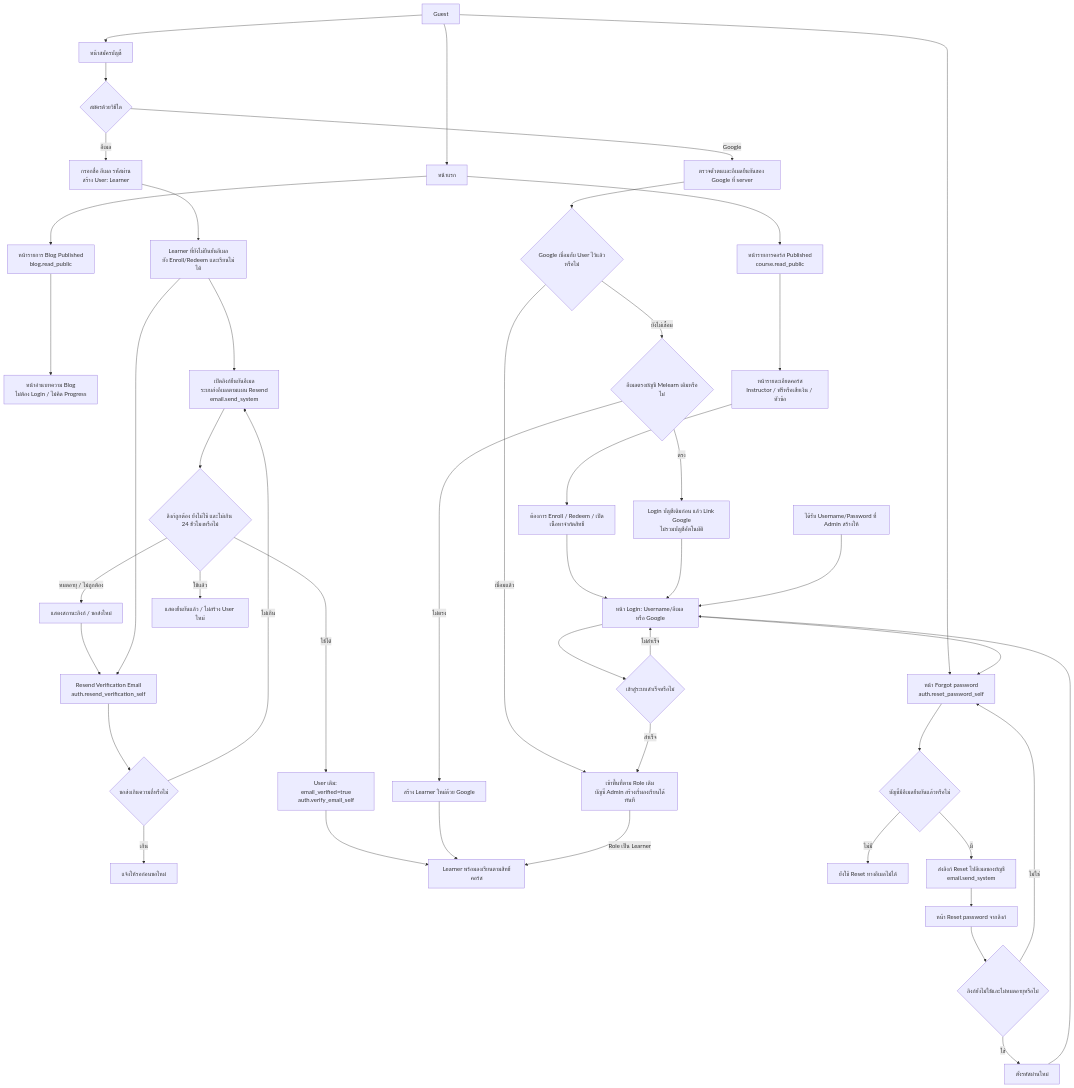
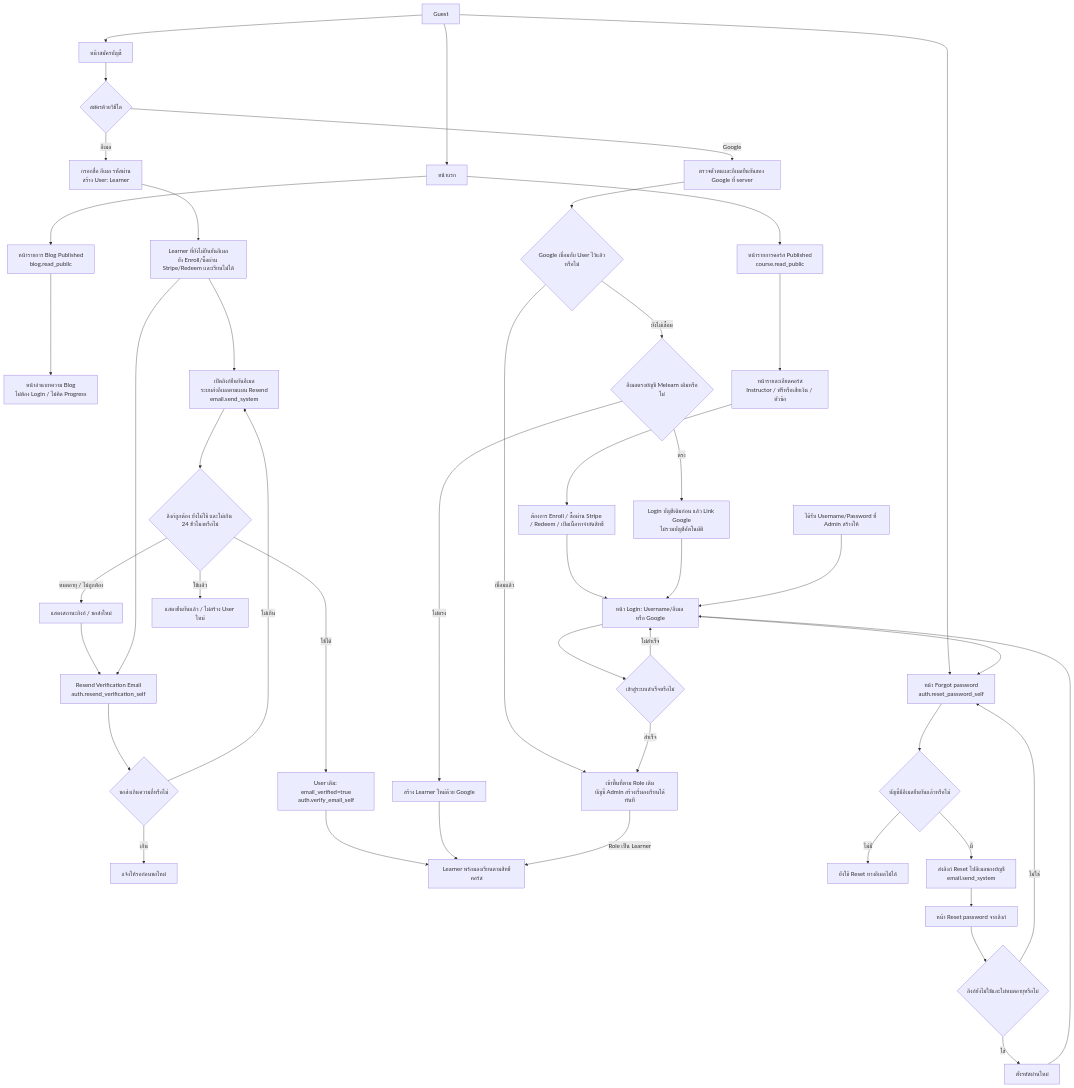
Before and after one commit to natthawat141/meleran-ux-ui-2026: the third of 11 diagrams in docs/MELEARN_V1_SCOPE.md, drawn with Mermaid. The commit also changed other lines of this file and 14 other files, not shown here.

````diff
--- a/docs/MELEARN_V1_SCOPE.md
+++ b/docs/MELEARN_V1_SCOPE.md
@@ -568,48 +627,48 @@
 ```mermaid
 flowchart TD
     G_START["Guest"] --> G_HOME["หน้าแรก"]
     G_HOME --> G_BLOG_LIST["หน้ารายการ Blog Published<br/>blog.read_public"]
     G_BLOG_LIST --> G_BLOG_READ["หน้าอ่านบทความ Blog<br/>ไม่ต้อง Login / ไม่คิด Progress"]
     G_HOME --> G_CATALOG["หน้ารายการคอร์ส Published<br/>course.read_public"]
     G_CATALOG --> G_DETAIL["หน้ารายละเอียดคอร์ส<br/>Instructor / ฟรีหรือเสียเงิน / หัวข้อ"]
-    G_DETAIL --> G_WANT["ต้องการ Enroll / Redeem / เปิดเนื้อหาจำกัดสิทธิ์"]
+    G_DETAIL --> G_WANT["ต้องการ Enroll / ซื้อผ่าน Stripe / Redeem / เปิดเนื้อหาจำกัดสิทธิ์"]
     G_WANT --> G_LOGIN["หน้า Login: Username/อีเมล หรือ Google"]
     G_START --> G_REGISTER["หน้าสมัครบัญชี"]
     G_REGISTER --> G_METHOD{"สมัครด้วยวิธีใด"}
     G_METHOD -->|อีเมล| G_EMAIL["กรอกชื่อ อีเมล รหัสผ่าน<br/>สร้าง User: Learner"]
-    G_EMAIL --> G_WAIT["Learner ที่ยังไม่ยืนยันอีเมล<br/>ยัง Enroll/Redeem และเรียนไม่ได้"]
+    G_EMAIL --> G_WAIT["Learner ที่ยังไม่ยืนยันอีเมล<br/>ยัง Enroll/ซื้อผ่าน Stripe/Redeem และเรียนไม่ได้"]
     G_WAIT --> G_VERIFY["เปิดลิงก์ยืนยันอีเมล<br/>ระบบส่งอีเมลตามแผน Resend<br/>email.send_system"]
     G_VERIFY --> G_EMAIL_OK{"ลิงก์ถูกต้อง ยังไม่ใช้ และไม่เกิน 24 ชั่วโมงหรือไม่"}
     G_EMAIL_OK -->|หมดอายุ / ไม่ถูกต้อง| G_VERIFY_ERROR["แสดงสถานะลิงก์ / ขอส่งใหม่"]
     G_VERIFY_ERROR --> G_RESEND["Resend Verification Email<br/>auth.resend_verification_self"]
     G_WAIT --> G_RESEND
     G_RESEND --> G_RATE{"ขอส่งเกินความถี่หรือไม่"}
     G_RATE -->|เกิน| G_LIMIT["แจ้งให้รอก่อนขอใหม่"]
     G_RATE -->|ไม่เกิน| G_VERIFY
     G_EMAIL_OK -->|ใช้แล้ว| G_ALREADY["แสดงยืนยันแล้ว / ไม่สร้าง User ใหม่"]
     G_EMAIL_OK -->|ใช้ได้| G_MARK["User เดิม: email_verified=true<br/>auth.verify_email_self"]
     G_MARK --> G_READY["Learner พร้อมลงเรียนตามสิทธิ์คอร์ส"]
     G_METHOD -->|Google| G_GOOGLE["ตรวจตัวตนและอีเมลยืนยันของ Google ที่ server"]
     G_GOOGLE --> G_LINKED{"Google เชื่อมกับ User ไว้แล้วหรือไม่"}
     G_LINKED -->|เชื่อมแล้ว| G_ROLE
     G_LINKED -->|ยังไม่เชื่อม| G_MATCH{"อีเมลตรงบัญชี Melearn เดิมหรือไม่"}
     G_MATCH -->|ตรง| G_LINK_FIRST["Login บัญชีเดิมก่อน แล้ว Link Google<br/>ไม่รวมบัญชีอัตโนมัติ"]
     G_LINK_FIRST --> G_LOGIN
     G_MATCH -->|ไม่ตรง| G_NEW_GOOGLE["สร้าง Learner ใหม่ด้วย Google"]
     G_NEW_GOOGLE --> G_READY
     G_CREATED["ได้รับ Username/Password ที่ Admin สร้างให้"] --> G_LOGIN
     G_LOGIN --> G_LOGIN_OK{"เข้าสู่ระบบสำเร็จหรือไม่"}
     G_LOGIN_OK -->|ไม่สำเร็จ| G_LOGIN
     G_LOGIN_OK -->|สำเร็จ| G_ROLE["เข้าพื้นที่ตาม Role เดิม<br/>บัญชี Admin สร้างเริ่มลงเรียนได้ทันที"]
     G_ROLE -->|Role เป็น Learner| G_READY
     G_START --> G_FORGOT["หน้า Forgot password<br/>auth.reset_password_self"]
     G_LOGIN --> G_FORGOT
     G_FORGOT --> G_HAS_EMAIL{"บัญชีมีอีเมลยืนยันแล้วหรือไม่"}
     G_HAS_EMAIL -->|ไม่มี| G_NO_RESET["ยังใช้ Reset ทางอีเมลไม่ได้"]
     G_HAS_EMAIL -->|มี| G_SEND_RESET["ส่งลิงก์ Reset ไปอีเมลของบัญชี<br/>email.send_system"]
     G_SEND_RESET --> G_RESET["หน้า Reset password จากลิงก์"]
     G_RESET --> G_TOKEN{"ลิงก์ยังไม่ใช้และไม่หมดอายุหรือไม่"}
     G_TOKEN -->|ไม่ใช่| G_FORGOT
     G_TOKEN -->|ใช่| G_SET_PASSWORD["ตั้งรหัสผ่านใหม่"]
     G_SET_PASSWORD --> G_LOGIN
 ```
````
